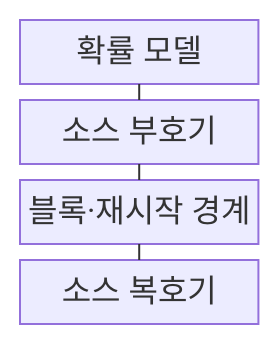
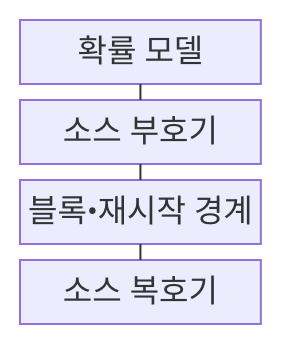
One commit to agnusdei1207/knowledge-base changed the first of 2 diagrams in src/content/docs/notes/04-network/064_source_coding.md. Above: the diagram before and after it, drawn with Mermaid. The commit also changed other lines of this file and 953 other files, not shown here.

````diff
--- a/src/content/docs/notes/04-network/064_source_coding.md
+++ b/src/content/docs/notes/04-network/064_source_coding.md
@@ -66,11 +66,11 @@
 ```mermaid
 block-beta
     columns 1
     A["확률 모델"]
     B["소스 부호기"]
-    C["블록·재시작 경계"]
+    C["블록•재시작 경계"]
     D["소스 복호기"]
     A --- B
     B --- C
     C --- D
 ```
````
